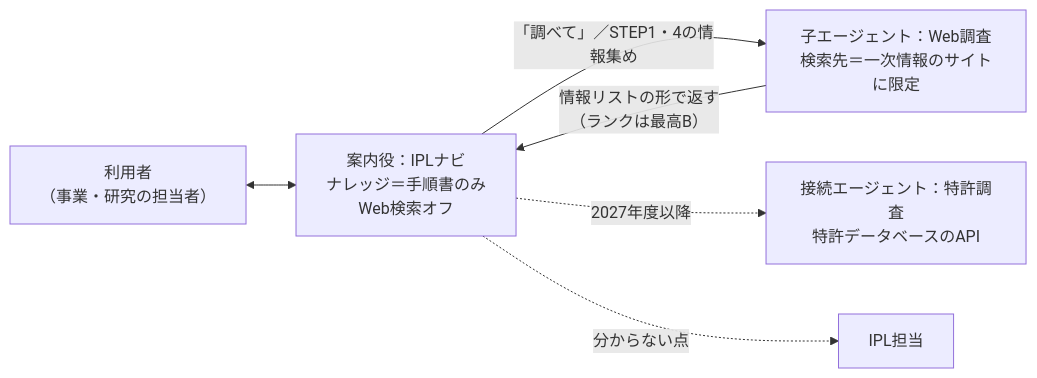
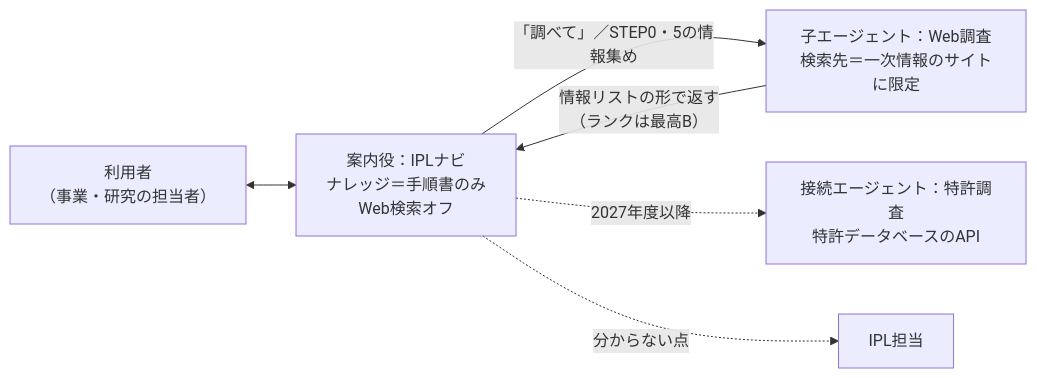
Before and after one commit to utpm6342836-cloud/IPL: the diagram in copilot-studio/エージェント構成.md, drawn with Mermaid. The commit also changed other lines of this file and 61 other files, not shown here.

First line of the commit message:
標準フローを2026-11-13版のフロー図に合わせて v1.2 に組み替え

````diff
--- a/copilot-studio/エージェント構成.md
+++ b/copilot-studio/エージェント構成.md
@@ -7,8 +7,8 @@
 ```mermaid
 flowchart LR
   U["利用者<br>（事業・研究の担当者）"] <--> N["案内役：IPLナビ<br>ナレッジ＝手順書のみ<br>Web検索オフ"]
-  N -->|「調べて」／STEP1・4の情報集め| W["子エージェント：Web調査<br>検索先＝一次情報のサイトに限定"]
+  N -->|「調べて」／STEP0・5の情報集め| W["子エージェント：Web調査<br>検索先＝一次情報のサイトに限定"]
   W -->|情報リストの形で返す<br>（ランクは最高B）| N
   N -.->|2027年度以降| P["接続エージェント：特許調査<br>特許データベースのAPI"]
   N -.->|分からない点| H["IPL担当"]
 ```
````
